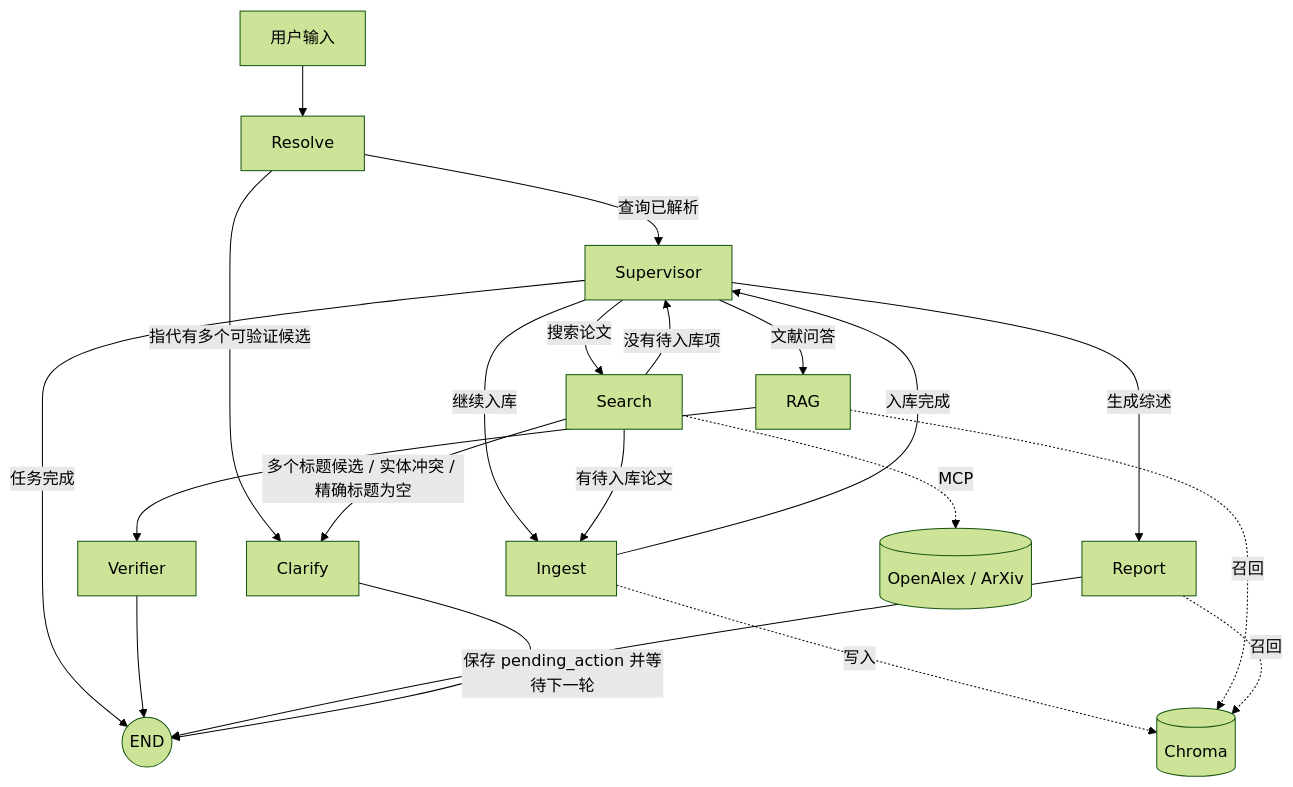
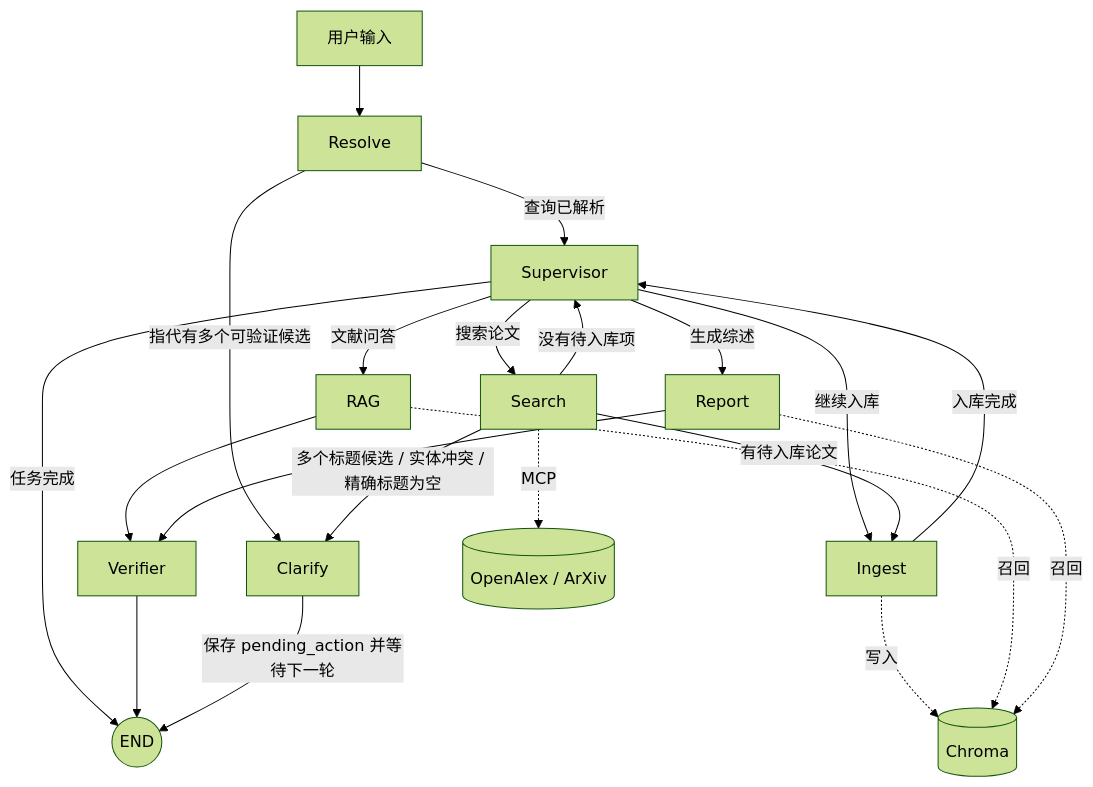
The first of 4 diagrams in README.md (Kaven-kou/OpenDetect_AI), drawn with Mermaid (forest theme) before and after one commit. The commit also changed other lines of this file and 27 other files, not shown here.

````diff
--- a/README.md
+++ b/README.md
@@ -20,26 +23,26 @@
 ```mermaid
 flowchart TD
     U[用户输入] --> R[Resolve]
     R -->|查询已解析| S[Supervisor]
     R -->|指代有多个可验证候选| C[Clarify]
 
     S -->|搜索论文| Search[Search]
     S -->|继续入库| Ingest[Ingest]
     S -->|文献问答| RAG[RAG]
     S -->|生成综述| Report[Report]
     S -->|任务完成| End((END))
 
     Search -->|多个标题候选 / 实体冲突 / 精确标题为空| C
     Search -->|有待入库论文| Ingest
     Search -->|没有待入库项| S
     Ingest -->|入库完成| S
     RAG --> Verify[Verifier]
     Verify --> End
-    Report --> End
+    Report --> Verify
     C -->|保存 pending_action 并等待下一轮| End
 
     Search -. MCP .-> Sources[(OpenAlex / ArXiv)]
     Ingest -. 写入 .-> Chroma[(Chroma)]
     RAG -. 召回 .-> Chroma
     Report -. 召回 .-> Chroma
 ```
````
